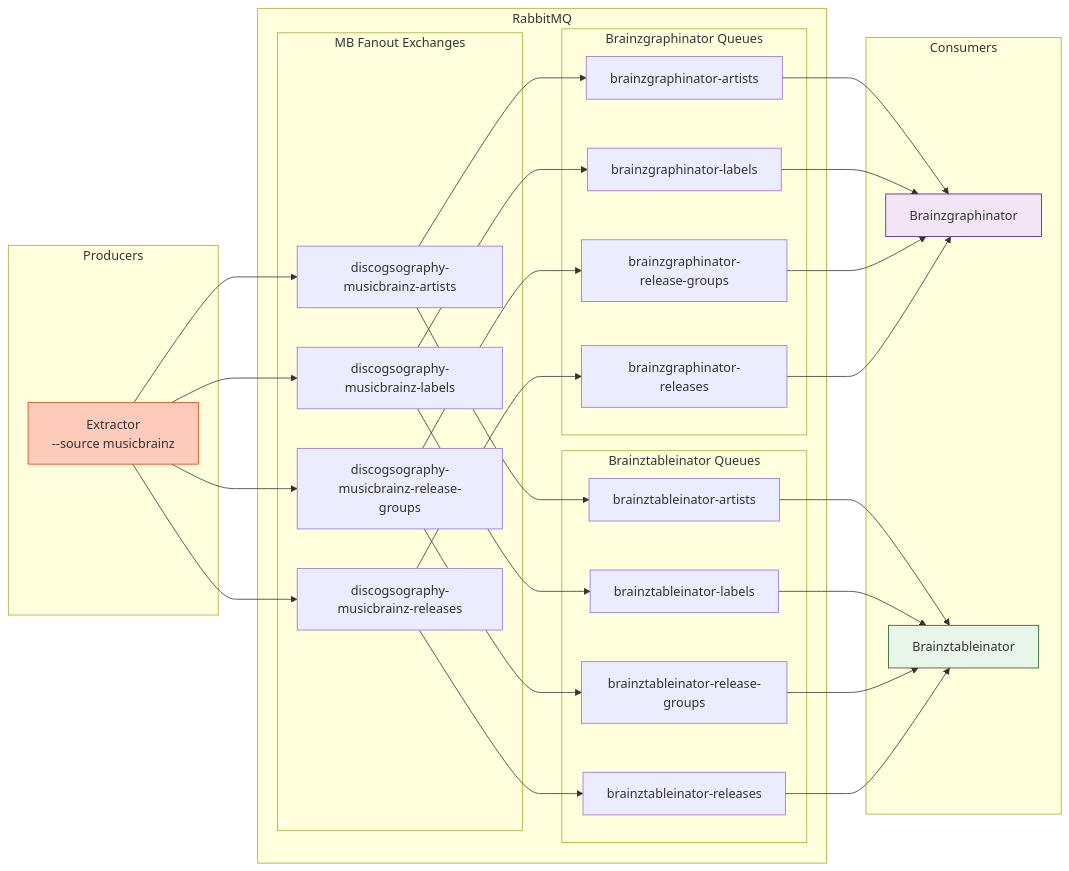
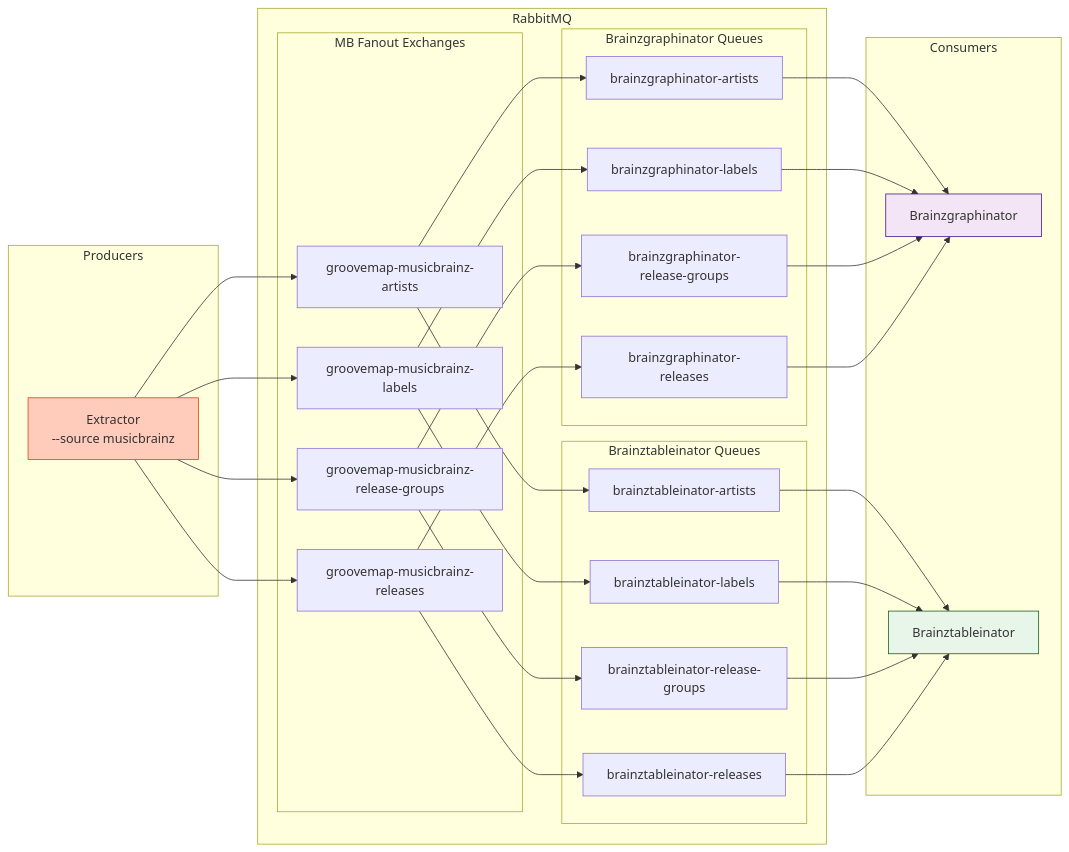
One commit to groovemap-music/deployment changed the sixth of 6 diagrams in docs/architecture.md. Above: the diagram before and after it, drawn with Mermaid. The commit also changed other lines of this file and 49 other files, not shown here.

````diff
--- a/docs/architecture.md
+++ b/docs/architecture.md
@@ -700,48 +704,48 @@
 ```mermaid
 graph LR
     subgraph Producers
         EXT_MB[Extractor<br/>--source musicbrainz]
     end
 
     subgraph RabbitMQ
         subgraph MB Fanout Exchanges
-            MAQ[discogsography-musicbrainz-artists]
-            MLQ[discogsography-musicbrainz-labels]
-            MRGQ[discogsography-musicbrainz-release-groups]
-            MRQ[discogsography-musicbrainz-releases]
+            MAQ[groovemap-musicbrainz-artists]
+            MLQ[groovemap-musicbrainz-labels]
+            MRGQ[groovemap-musicbrainz-release-groups]
+            MRQ[groovemap-musicbrainz-releases]
         end
 
         subgraph Brainzgraphinator Queues
             BGA[brainzgraphinator-artists]
             BGL[brainzgraphinator-labels]
             BGRG[brainzgraphinator-release-groups]
             BGR[brainzgraphinator-releases]
         end
 
         subgraph Brainztableinator Queues
             BTA[brainztableinator-artists]
             BTL[brainztableinator-labels]
             BTRG[brainztableinator-release-groups]
             BTR[brainztableinator-releases]
         end
     end
 
     subgraph Consumers
         BGRAPH[Brainzgraphinator]
         BTABLE[Brainztableinator]
     end
 
     EXT_MB --> MAQ & MLQ & MRGQ & MRQ
 
     MAQ --> BGA & BTA
     MLQ --> BGL & BTL
     MRGQ --> BGRG & BTRG
     MRQ --> BGR & BTR
 
     BGA & BGL & BGRG & BGR --> BGRAPH
     BTA & BTL & BTRG & BTR --> BTABLE
 
     style EXT_MB fill:#ffccbc,stroke:#d84315
     style BGRAPH fill:#f3e5f5,stroke:#4a148c
     style BTABLE fill:#e8f5e9,stroke:#1b5e20
 ```
````
